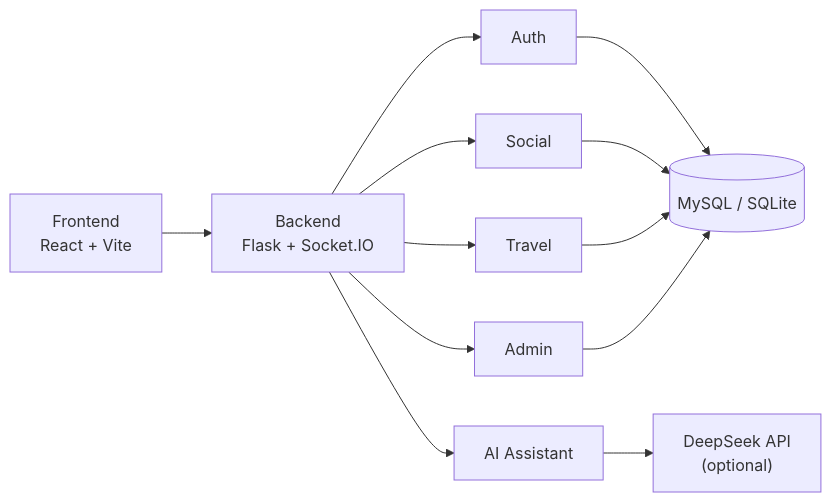
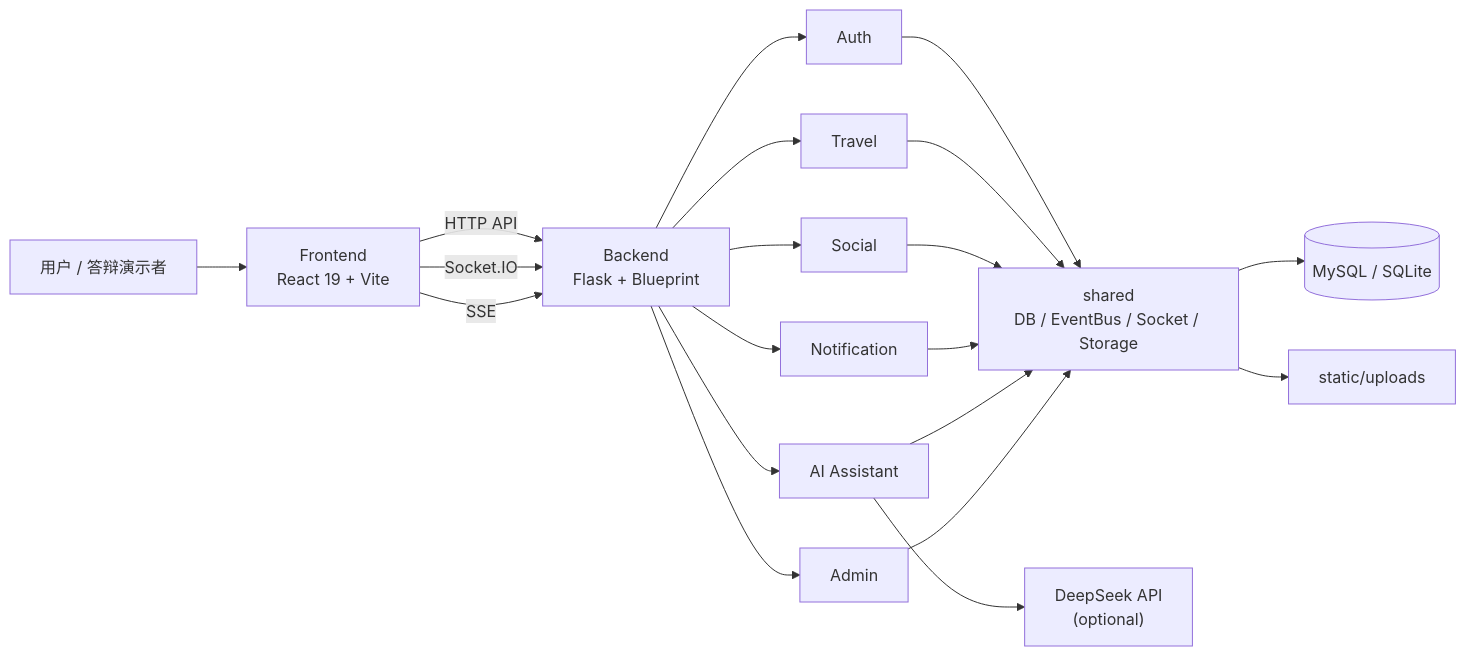
The first of 6 diagrams in README.md (maroonxv/TravelShare), drawn with Mermaid before and after one commit. The commit also changed other lines of this file and 1 other file, not shown here.

Commit message:
docs: enrich README diagrams and add MIT license

````diff
--- a/README.md
+++ b/README.md
@@ -19,14 +20,25 @@
 ```mermaid
 flowchart LR
-    UI["Frontend<br/>React + Vite"] --> API["Backend<br/>Flask + Socket.IO"]
-    API --> AUTH["Auth"]
-    API --> SOCIAL["Social"]
-    API --> TRAVEL["Travel"]
-    API --> ADMIN["Admin"]
-    API --> AI["AI Assistant"]
-    AUTH --> DB[("MySQL / SQLite")]
-    SOCIAL --> DB
-    TRAVEL --> DB
-    ADMIN --> DB
-    AI --> DEEPSEEK["DeepSeek API<br/>(optional)"]
+    User["用户 / 答辩演示者"] --> Frontend["Frontend<br/>React 19 + Vite"]
+    Frontend -->|HTTP API| Backend["Backend<br/>Flask + Blueprint"]
+    Frontend -->|Socket.IO| Backend
+    Frontend -->|SSE| Backend
+
+    Backend --> Auth["Auth"]
+    Backend --> Travel["Travel"]
+    Backend --> Social["Social"]
+    Backend --> Notify["Notification"]
+    Backend --> AI["AI Assistant"]
+    Backend --> Admin["Admin"]
+
+    Auth --> Shared["shared<br/>DB / EventBus / Socket / Storage"]
+    Travel --> Shared
+    Social --> Shared
+    Notify --> Shared
+    AI --> Shared
+    Admin --> Shared
+
+    Shared --> DB[("MySQL / SQLite")]
+    Shared --> Static["static/uploads"]
+    AI --> DeepSeek["DeepSeek API<br/>(optional)"]
 ```
````
